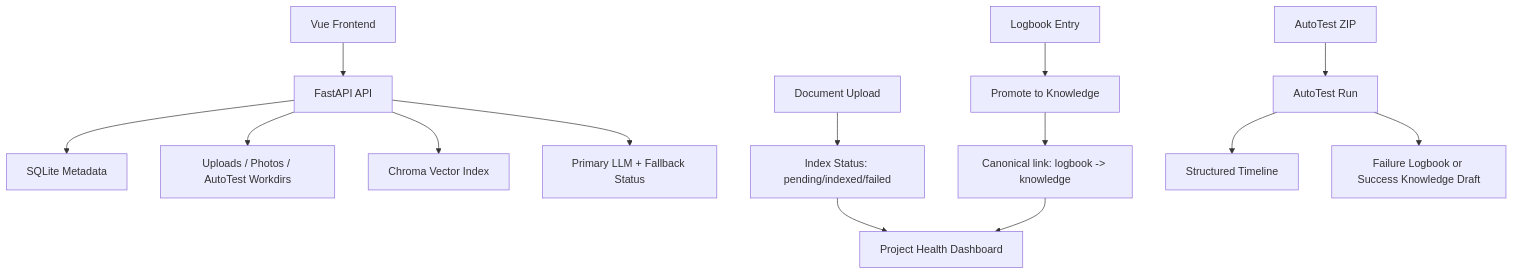
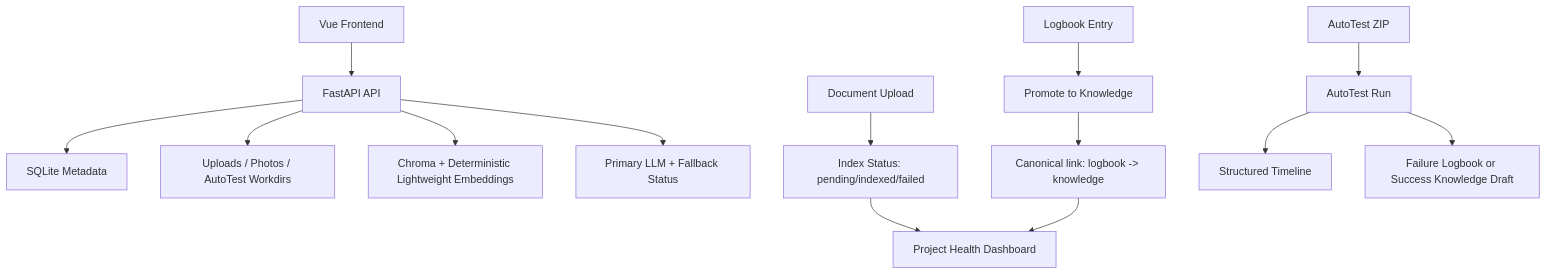
One commit to a1354013-alt/Knowledge_Workspace changed the diagram in README.md. Above: the diagram before and after it, drawn with Mermaid. The commit also changed other lines of this file and 16 other files, not shown here.

````diff
--- a/README.md
+++ b/README.md
@@ -20,19 +20,19 @@
 ```mermaid
 graph TD
   UI["Vue Frontend"] --> API["FastAPI API"]
   API --> SQLITE["SQLite Metadata"]
   API --> FS["Uploads / Photos / AutoTest Workdirs"]
-  API --> CHROMA["Chroma Vector Index"]
+  API --> CHROMA["Chroma + Deterministic Lightweight Embeddings"]
   API --> LLM["Primary LLM + Fallback Status"]
 
   DOC["Document Upload"] --> IDX["Index Status: pending/indexed/failed"]
   IDX --> DASH["Project Health Dashboard"]
 
   LOG["Logbook Entry"] --> PROMOTE["Promote to Knowledge"]
   PROMOTE --> LINK["Canonical link: logbook -> knowledge"]
   LINK --> DASH
 
   ZIP["AutoTest ZIP"] --> RUN["AutoTest Run"]
   RUN --> TIME["Structured Timeline"]
   RUN --> NOTE["Failure Logbook or Success Knowledge Draft"]
 ```
````
